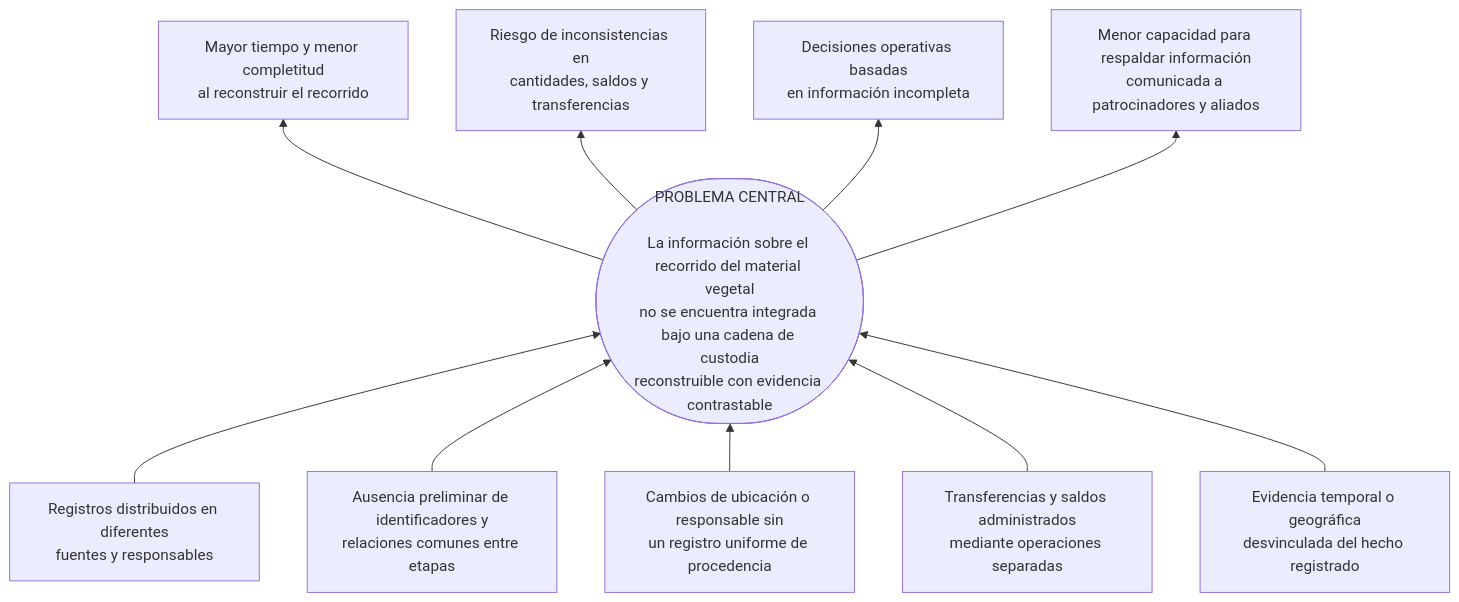
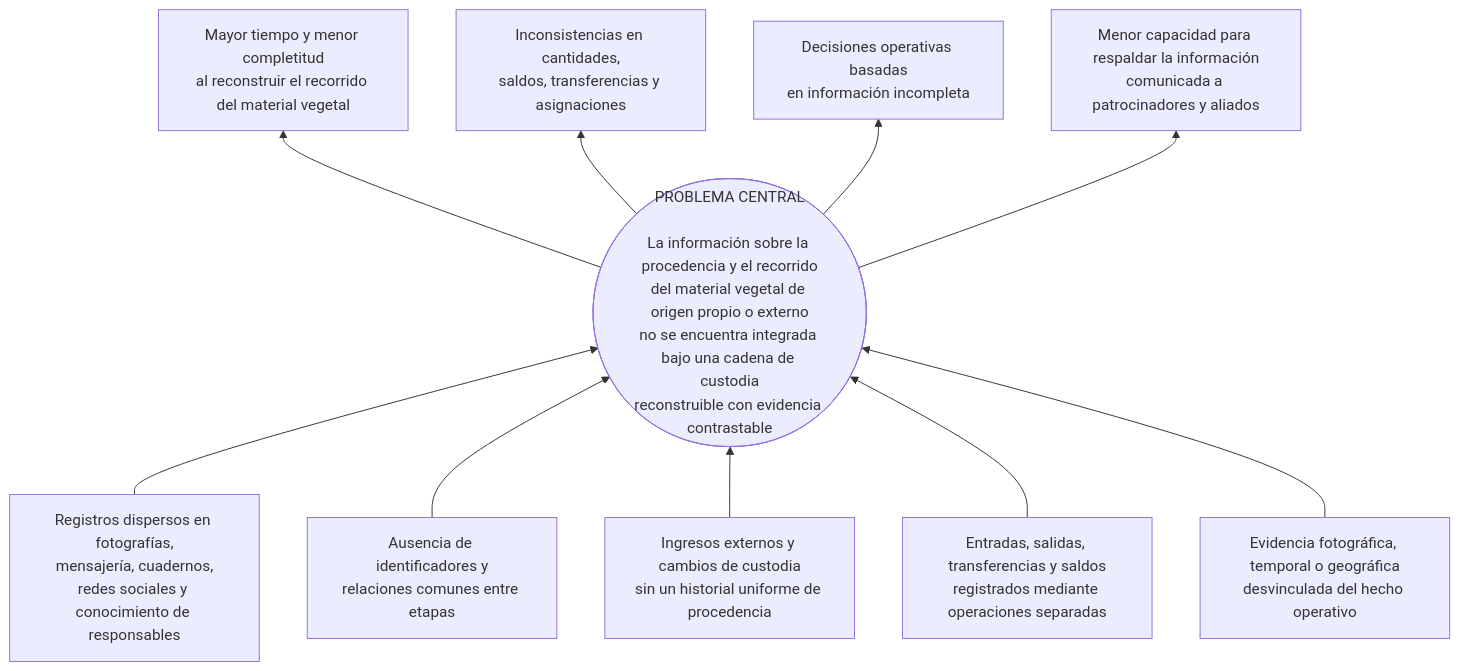
One commit to R3foresta/r3foresta-docs changed the diagram in documentacion-grado/06_entregables/proyecto_grado/01_capitulo_marco_introductorio.md. Above: the diagram before and after it, drawn with Mermaid. The commit also changed other lines of this file and 15 other files, not shown here.

````diff
--- a/documentacion-grado/06_entregables/proyecto_grado/01_capitulo_marco_introductorio.md
+++ b/documentacion-grado/06_entregables/proyecto_grado/01_capitulo_marco_introductorio.md
@@ -93,25 +80,25 @@
 ```mermaid
 flowchart BT
-    C1["Registros distribuidos en diferentes<br/>fuentes y responsables"]
-    C2["Ausencia preliminar de identificadores y<br/>relaciones comunes entre etapas"]
-    C3["Cambios de ubicación o responsable sin<br/>un registro uniforme de procedencia"]
-    C4["Transferencias y saldos administrados<br/>mediante operaciones separadas"]
-    C5["Evidencia temporal o geográfica<br/>desvinculada del hecho registrado"]
+    C1["Registros dispersos en fotografías,<br/>mensajería, cuadernos,<br/>redes sociales y conocimiento de responsables"]
+    C2["Ausencia de identificadores y<br/>relaciones comunes entre etapas"]
+    C3["Ingresos externos y cambios de custodia<br/>sin un historial uniforme de procedencia"]
+    C4["Entradas, salidas, transferencias y saldos<br/>registrados mediante operaciones separadas"]
+    C5["Evidencia fotográfica, temporal o geográfica<br/>desvinculada del hecho operativo"]
 
-    P(["PROBLEMA CENTRAL<br/><br/>La información sobre el recorrido del material vegetal<br/>no se encuentra integrada bajo una cadena de custodia<br/>reconstruible con evidencia contrastable"])
+    P(["PROBLEMA CENTRAL<br/><br/>La información sobre la procedencia y el recorrido<br/>del material vegetal de origen propio o externo<br/>no se encuentra integrada bajo una cadena de custodia<br/>reconstruible con evidencia contrastable"])
 
-    E1["Mayor tiempo y menor completitud<br/>al reconstruir el recorrido"]
-    E2["Riesgo de inconsistencias en<br/>cantidades, saldos y transferencias"]
+    E1["Mayor tiempo y menor completitud<br/>al reconstruir el recorrido del material vegetal"]
+    E2["Inconsistencias en cantidades,<br/>saldos, transferencias y asignaciones"]
     E3["Decisiones operativas basadas<br/>en información incompleta"]
-    E4["Menor capacidad para respaldar información<br/>comunicada a patrocinadores y aliados"]
+    E4["Menor capacidad para respaldar la información<br/>comunicada a patrocinadores y aliados"]
 
     C1 --> P
     C2 --> P
     C3 --> P
     C4 --> P
     C5 --> P
     P --> E1
     P --> E2
     P --> E3
     P --> E4
 ```
````
